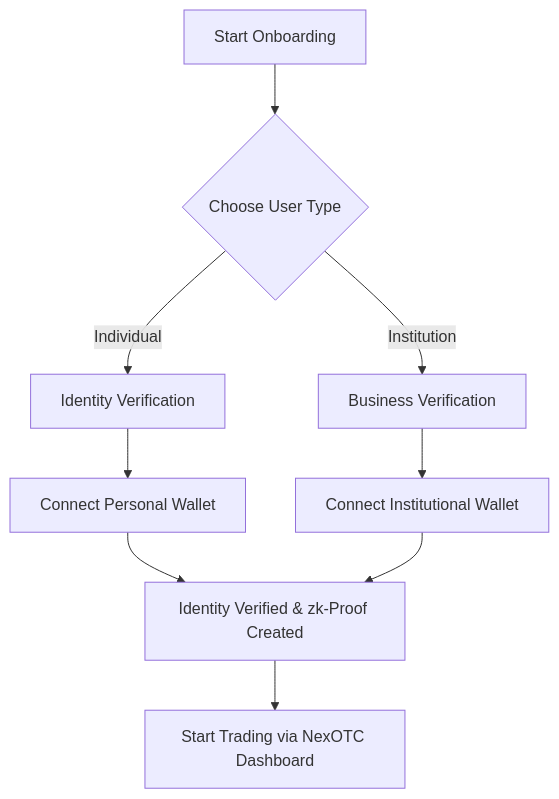
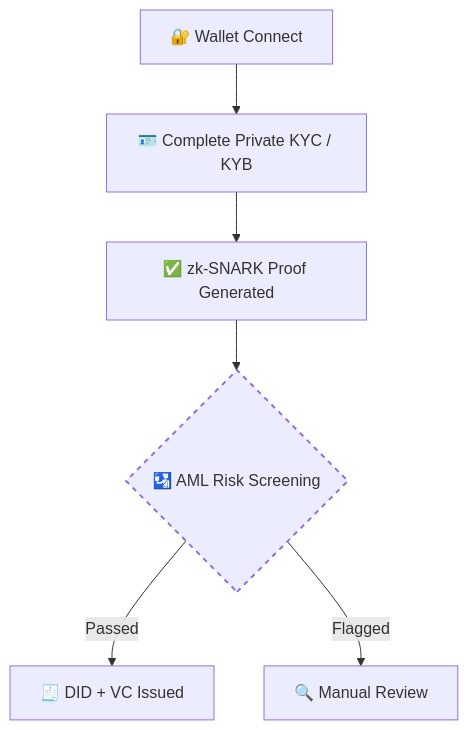
One commit to nexotc/nexotc-docs changed the diagram in docs/nexotc/getting-started.md. Above: the diagram before and after it, drawn with Mermaid. The commit also changed other lines of this file and 2 other files, not shown here.

Commit message:
NexOTC Section Review

````diff
--- a/docs/nexotc/getting-started.md
+++ b/docs/nexotc/getting-started.md
@@ -14,14 +16,10 @@
 ```mermaid
 flowchart TD
-    A[Start Onboarding] --> B{Choose User Type}
-    B -->|Individual| C[Identity Verification]
-    B -->|Institution| D[Business Verification]
+  A[🔐 Wallet Connect] --> B[🪪 Complete Private KYC / KYB]
+  B --> C[✅ zk-SNARK Proof Generated]
+  C --> D{🛂 AML Risk Screening}
+  D -- Passed --> F[🧾 DID + VC Issued]
+  D -- Flagged --> G[🔍 Manual Review]
 
-    C --> E[Connect Personal Wallet]
-    D --> F[Connect Institutional Wallet]
-
-    E --> G[Identity Verified & zk-Proof Created]
-    F --> G
-
-    G --> H[Start Trading via NexOTC Dashboard]
+  style D stroke-width:2px,stroke-dasharray: 5 5;
 ```
````
